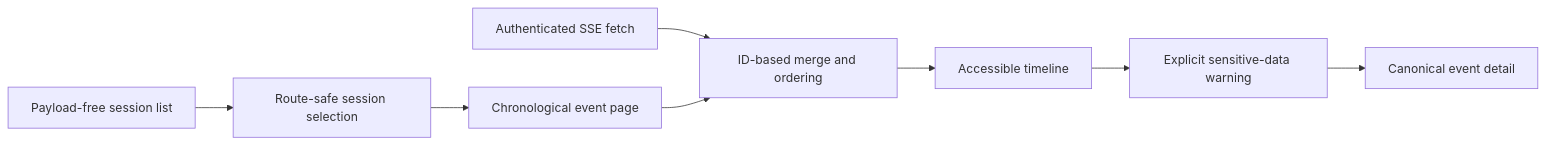
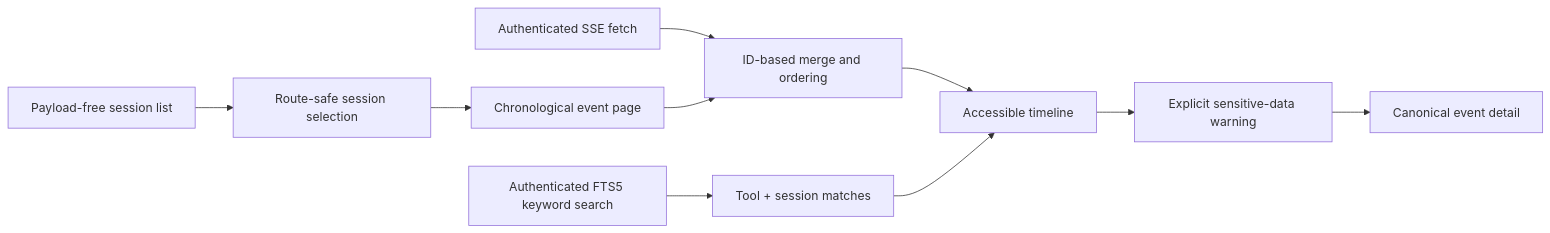
Before and after one commit to h3rb3rn/agentic-tool-merger: the diagram in docs/ui/session-timeline.md, drawn with Mermaid. The commit also changed other lines of this file and 8 other files, not shown here.

Commit message:
feat: show and search cross-tool session content

````diff
--- a/docs/ui/session-timeline.md
+++ b/docs/ui/session-timeline.md
@@ -7,10 +7,12 @@
 ```mermaid
 flowchart LR
     list["Payload-free session list"] --> select["Route-safe session selection"]
     select --> page["Chronological event page"]
     stream["Authenticated SSE fetch"] --> merge["ID-based merge and ordering"]
     page --> merge
     merge --> timeline["Accessible timeline"]
+    search["Authenticated FTS5 keyword search"] --> matches["Tool + session matches"]
+    matches --> timeline
     timeline --> warning["Explicit sensitive-data warning"]
     warning --> detail["Canonical event detail"]
 ```
````
